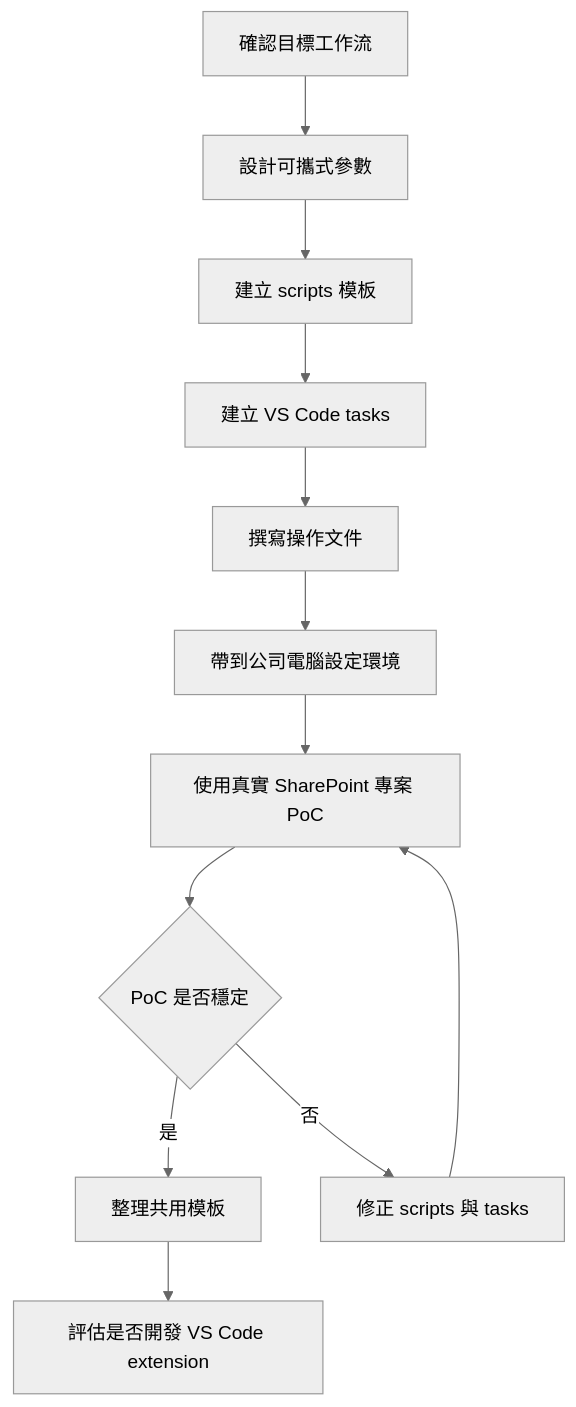
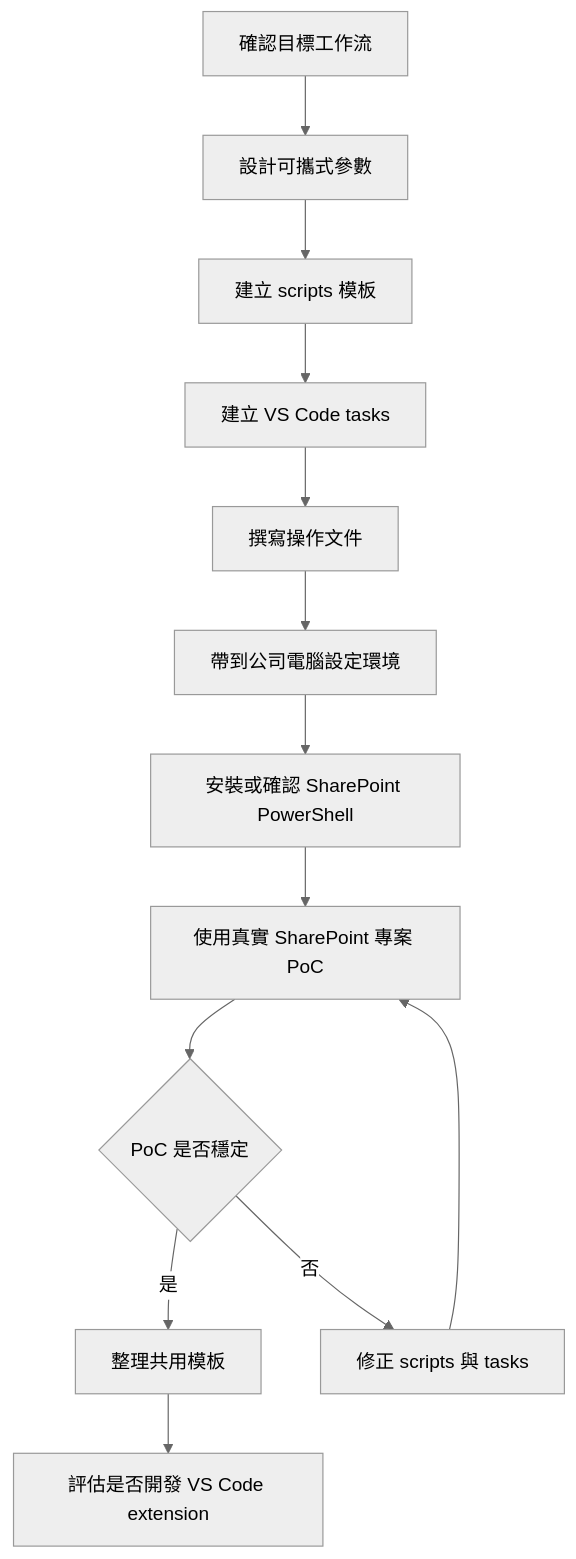
The diagram in docs/vscode-sharepoint-workflow-dependency-order.md (Ting-s515/vscode-dotnet-framework), drawn with Mermaid (neutral theme) before and after one commit. The commit also changed other lines of this file, not shown here.

First line of the commit message:
docs: 補充 SharePoint PowerShell 前置步驟

````diff
--- a/docs/vscode-sharepoint-workflow-dependency-order.md
+++ b/docs/vscode-sharepoint-workflow-dependency-order.md
@@ -20,14 +21,15 @@
 ```mermaid
 flowchart TD
     A[確認目標工作流] --> B[設計可攜式參數]
     B --> C[建立 scripts 模板]
     C --> D[建立 VS Code tasks]
     D --> E[撰寫操作文件]
     E --> F[帶到公司電腦設定環境]
-    F --> G[使用真實 SharePoint 專案 PoC]
-    G --> H{PoC 是否穩定}
-    H -->|是| I[整理共用模板]
-    H -->|否| J[修正 scripts 與 tasks]
-    J --> G
-    I --> K[評估是否開發 VS Code extension]
+    F --> G[安裝或確認 SharePoint PowerShell]
+    G --> H[使用真實 SharePoint 專案 PoC]
+    H --> I{PoC 是否穩定}
+    I -->|是| J[整理共用模板]
+    I -->|否| K[修正 scripts 與 tasks]
+    K --> H
+    J --> L[評估是否開發 VS Code extension]
 ```
````
